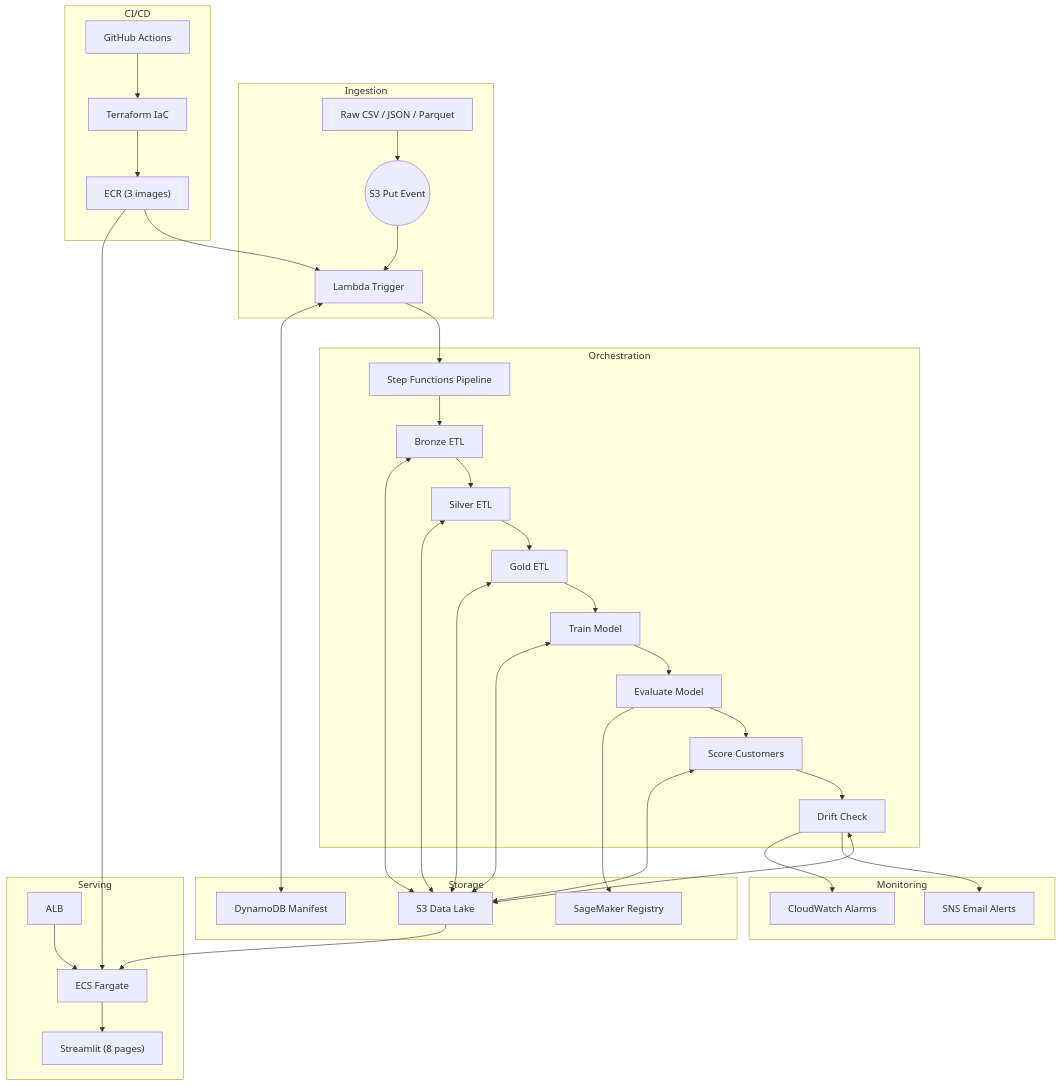
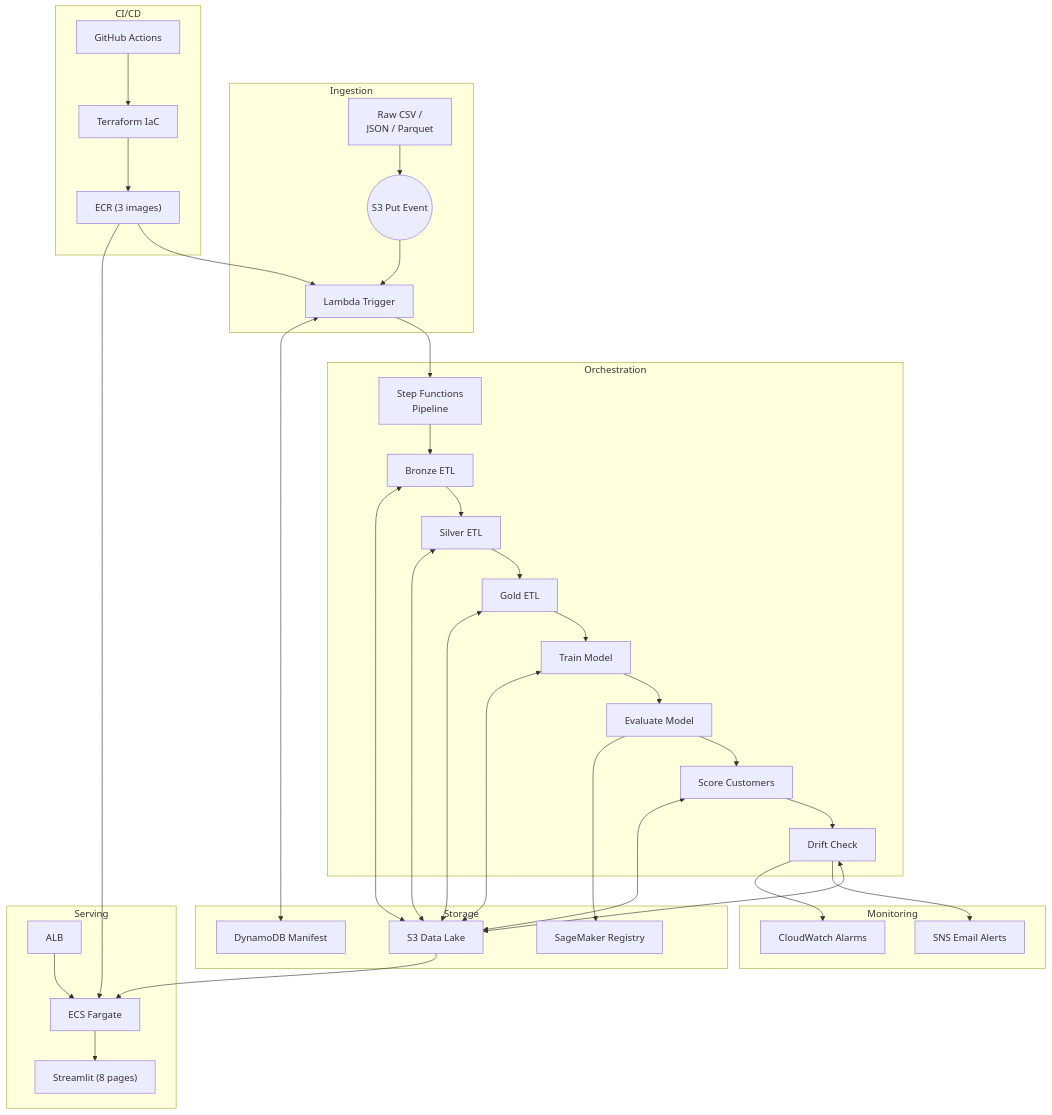
The first of 8 diagrams in README.md (rawad-yared/bcgx-spanishgas-g1), drawn with Mermaid before and after one commit. The commit also changed other lines of this file, not shown here.

First line of the commit message:
Fix Mermaid diagram truncation and correct feature tier content

````diff
--- a/README.md
+++ b/README.md
@@ -71,54 +71,54 @@
 ```mermaid
 graph TB
     subgraph Ingestion
-        RAW["Raw CSV / JSON / Parquet"]
+        RAW["Raw CSV /<br>JSON / Parquet"]
         S3PUT(("S3 Put Event"))
         LAMBDA["Lambda Trigger"]
     end
 
     subgraph Orchestration
-        SFN["Step Functions Pipeline"]
+        SFN["Step Functions<br>Pipeline"]
         BRONZE["Bronze ETL"]
         SILVER["Silver ETL"]
         GOLD["Gold ETL"]
         TRAIN["Train Model"]
         EVAL["Evaluate Model"]
         SCORE["Score Customers"]
         DRIFT["Drift Check"]
     end
 
     subgraph Storage
         S3["S3 Data Lake"]
         DYNAMO["DynamoDB Manifest"]
         REGISTRY["SageMaker Registry"]
     end
 
     subgraph Monitoring
         CW["CloudWatch Alarms"]
         SNS["SNS Email Alerts"]
     end
 
     subgraph Serving
         ALB["ALB"]
         ECS["ECS Fargate"]
         STREAMLIT["Streamlit (8 pages)"]
     end
 
     subgraph CICD["CI/CD"]
         GHA["GitHub Actions"]
         TF["Terraform IaC"]
         ECR["ECR (3 images)"]
     end
 
     RAW --> S3PUT --> LAMBDA --> SFN
     SFN --> BRONZE --> SILVER --> GOLD --> TRAIN --> EVAL --> SCORE --> DRIFT
     BRONZE & SILVER & GOLD & TRAIN & SCORE & DRIFT <--> S3
     LAMBDA <--> DYNAMO
     EVAL --> REGISTRY
     DRIFT --> SNS
     DRIFT --> CW
     S3 --> ECS
     ALB --> ECS --> STREAMLIT
     GHA --> TF --> ECR
     ECR --> LAMBDA & ECS
 ```
````
